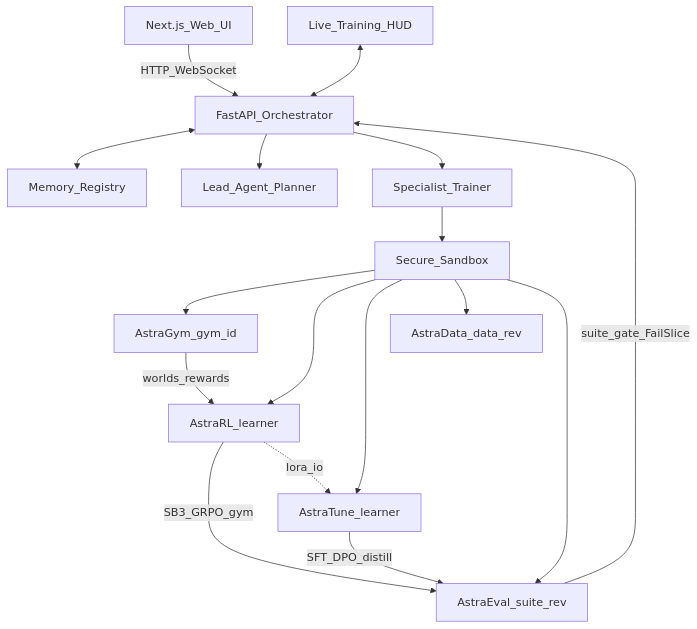
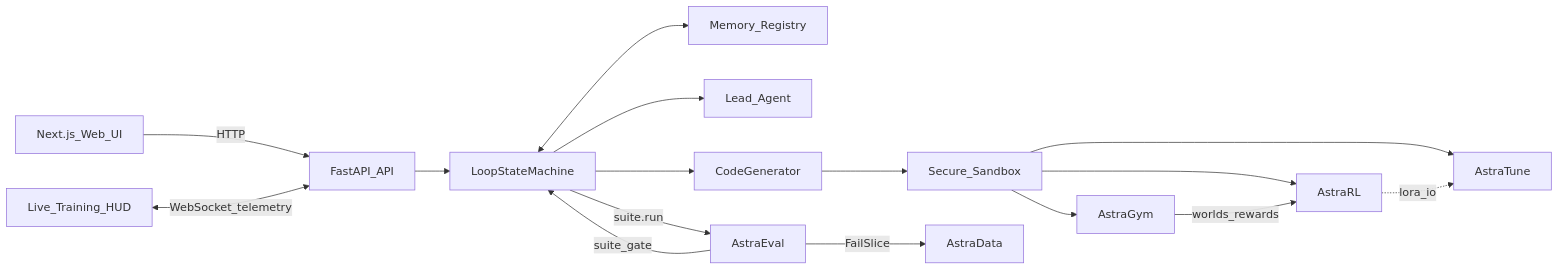
The first of 6 diagrams in docs/DESIGN.md (kewangpro/astra), drawn with Mermaid before and after one commit. The commit also changed other lines of this file, not shown here.

First line of the commit message:
Align DESIGN Mermaid diagrams with the live Orchestrator stack.

````diff
--- a/docs/DESIGN.md
+++ b/docs/DESIGN.md
@@ -16,32 +16,31 @@
 ```mermaid
-flowchart TB
+flowchart LR
   UI[Next.js_Web_UI]
   HUD[Live_Training_HUD]
-  Orch[FastAPI_Orchestrator]
+  API[FastAPI_API]
+  Loop[LoopStateMachine]
   Mem[Memory_Registry]
-  Lead[Lead_Agent_Planner]
-  Trainer[Specialist_Trainer]
+  Lead[Lead_Agent]
+  Codegen[CodeGenerator]
   Sandbox[Secure_Sandbox]
-  Gym[AstraGym_gym_id]
-  RL[AstraRL_learner]
-  Tune[AstraTune_learner]
-  Data[AstraData_data_rev]
-  Eval[AstraEval_suite_rev]
+  Gym[AstraGym]
+  RL[AstraRL]
+  Tune[AstraTune]
+  Data[AstraData]
+  Eval[AstraEval]
 
-  UI -->|"HTTP_WebSocket"| Orch
-  HUD <--> Orch
-  Orch <--> Mem
-  Orch --> Lead
-  Orch --> Trainer
-  Trainer --> Sandbox
+  UI -->|"HTTP"| API
+  HUD <-->|"WebSocket_telemetry"| API
+  API --> Loop
+  Loop <--> Mem
+  Loop --> Lead
+  Loop --> Codegen --> Sandbox
   Sandbox --> Gym
   Sandbox --> RL
   Sandbox --> Tune
-  Sandbox --> Data
-  Sandbox --> Eval
   Gym -->|"worlds_rewards"| RL
-  RL -->|"SB3_GRPO_gym"| Eval
-  Tune -->|"SFT_DPO_distill"| Eval
   RL -.->|"lora_io"| Tune
-  Eval -->|"suite_gate_FailSlice"| Orch
+  Loop -->|"suite.run"| Eval
+  Eval -->|"FailSlice"| Data
+  Eval -->|"suite_gate"| Loop
 ```
````
